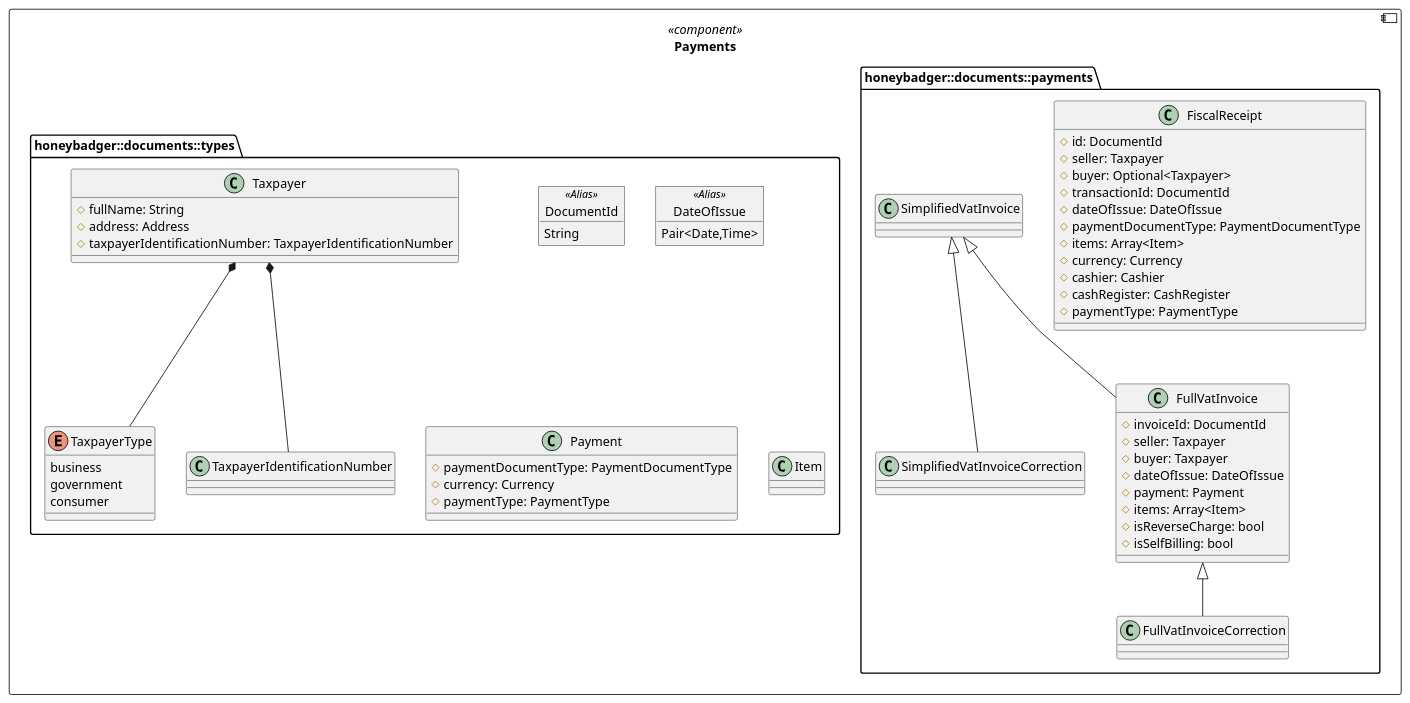
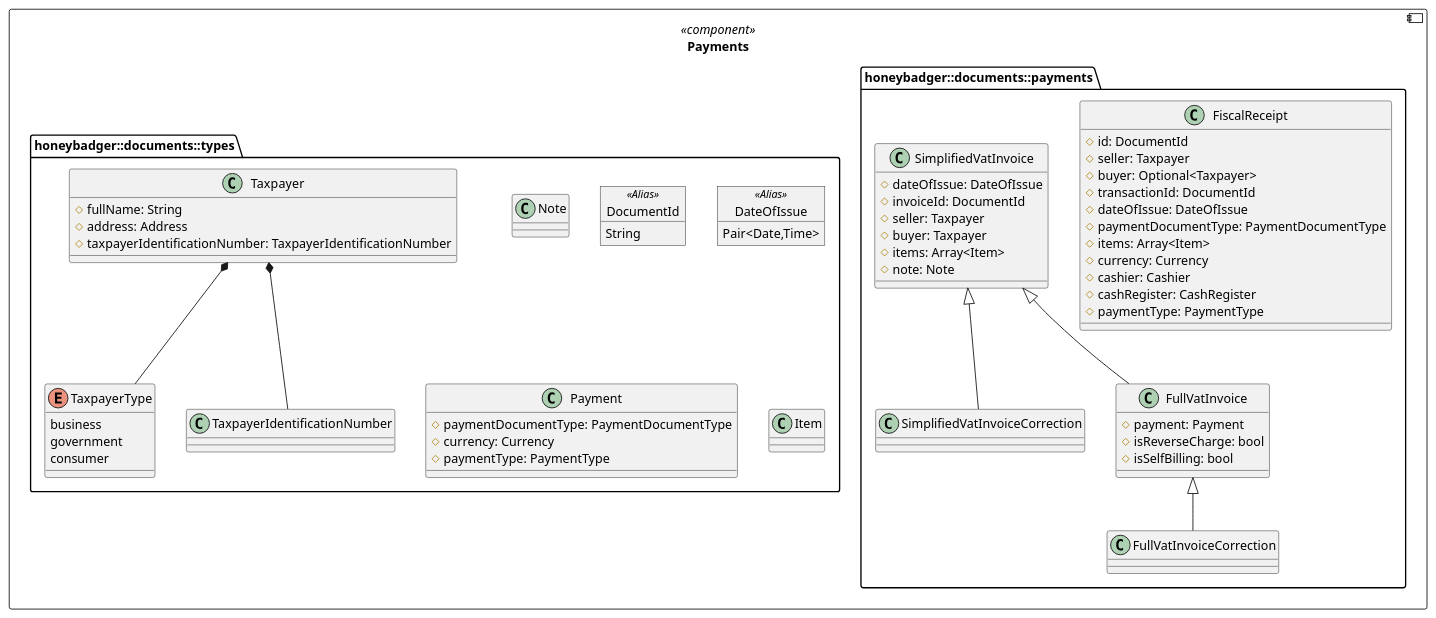
Before and after one commit to HoneycombSystem/honeybadger: the diagram in packages/documents/payments/docs/package_uml_diagram.md, drawn with PlantUML. The commit also changed 1 other file, not shown here.

Commit message:
[none] update uml documentation with invoiced

````diff
--- a/packages/documents/payments/docs/package_uml_diagram.md
+++ b/packages/documents/payments/docs/package_uml_diagram.md
@@ -3,76 +3,82 @@
 ```plantuml
 @startuml
 component "Payments" as alias <<component>> {
    namespace honeybadger::documents::payments {
         class FiscalReceipt {
             # id: DocumentId
             # seller: Taxpayer
             # buyer: Optional<Taxpayer>
             # transactionId: DocumentId
             # dateOfIssue: DateOfIssue
             # paymentDocumentType: PaymentDocumentType
             # items: Array<Item>
             # currency: Currency
             # cashier: Cashier
             # cashRegister: CashRegister
             # paymentType: PaymentType
         }
 
         class SimplifiedVatInvoice {
-        }
-        class SimplifiedVatInvoiceCorrection {
-        }
-        class FullVatInvoice {
+            # dateOfIssue: DateOfIssue
             # invoiceId: DocumentId
             # seller: Taxpayer
             # buyer: Taxpayer
-            # dateOfIssue: DateOfIssue
+            # items: Array<Item>
+            # note: Note
+        }
+        class SimplifiedVatInvoiceCorrection {
+            
+        }
+        class FullVatInvoice {
             # payment: Payment
-            # items: Array<Item>
             # isReverseCharge: bool
             # isSelfBilling: bool
         }
         class FullVatInvoiceCorrection {
         }
 
         SimplifiedVatInvoice <|-- SimplifiedVatInvoiceCorrection
         SimplifiedVatInvoice <|-- FullVatInvoice
         FullVatInvoice <|-- FullVatInvoiceCorrection
     }
     namespace honeybadger::documents::types {
+        class Note {
+
+        }
+
         object DocumentId<<Alias>> {
             String
         }
         object DateOfIssue<<Alias>> {
             Pair<Date,Time>
         }
 
         class Taxpayer {
             # fullName: String
             # address: Address
             # taxpayerIdentificationNumber: TaxpayerIdentificationNumber
         }
         enum TaxpayerType {
             business
             government
             consumer
         }
         class TaxpayerIdentificationNumber {
 
         }
         class Payment {
             # paymentDocumentType: PaymentDocumentType
             # currency: Currency
             # paymentType: PaymentType
         }
 
         
         class Item {
 
         }
         Taxpayer *-- TaxpayerType
         Taxpayer *-- TaxpayerIdentificationNumber
     }
 }
 @enduml
 ```
````
